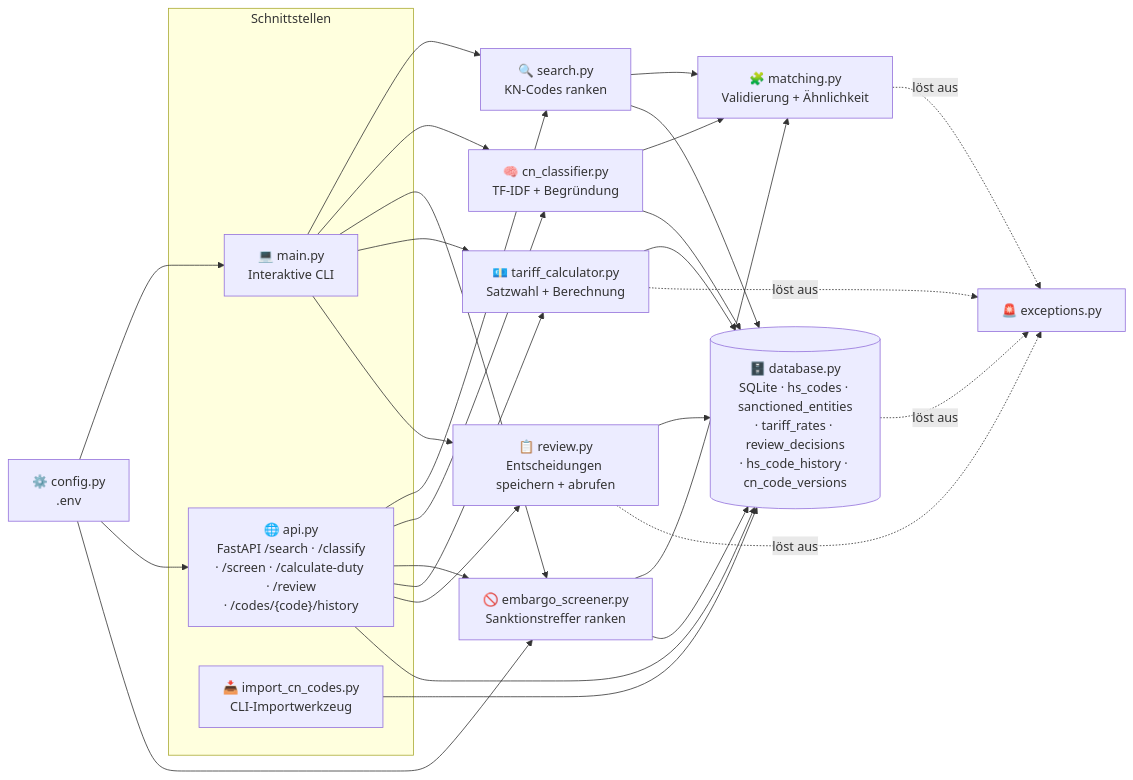
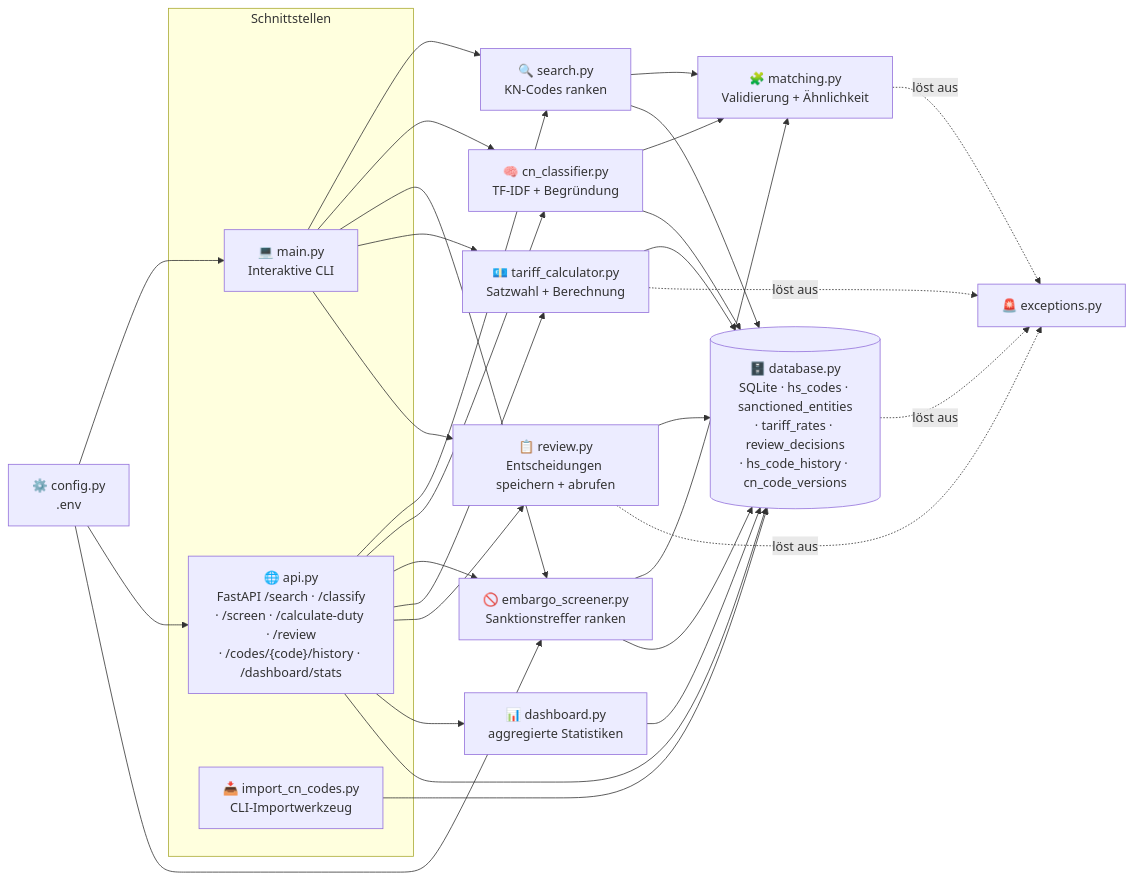
Before and after one commit to Mutersec/CustomsIQ: the first of 2 diagrams in README.de.md, drawn with Mermaid. The commit also changed other lines of this file and 8 other files, not shown here.

````diff
--- a/README.de.md
+++ b/README.de.md
@@ -97,46 +98,49 @@
 ```mermaid
 flowchart LR
     subgraph Schnittstellen
         CLI["💻 main.py<br/>Interaktive CLI"]
-        API["🌐 api.py<br/>FastAPI /search · /classify<br/>· /screen · /calculate-duty · /review<br/>· /codes/{code}/history"]
+        API["🌐 api.py<br/>FastAPI /search · /classify<br/>· /screen · /calculate-duty · /review<br/>· /codes/{code}/history · /dashboard/stats"]
         IMPORT["📥 import_cn_codes.py<br/>CLI-Importwerkzeug"]
     end
 
     SEARCH["🔍 search.py<br/>KN-Codes ranken"]
     CLS["🧠 cn_classifier.py<br/>TF-IDF + Begründung"]
     SCREEN["🚫 embargo_screener.py<br/>Sanktionstreffer ranken"]
     DUTY["💶 tariff_calculator.py<br/>Satzwahl + Berechnung"]
     REVIEW["📋 review.py<br/>Entscheidungen speichern + abrufen"]
+    DASH["📊 dashboard.py<br/>aggregierte Statistiken"]
     MATCH["🧩 matching.py<br/>Validierung + Ähnlichkeit"]
     DB[("🗄️ database.py<br/>SQLite · hs_codes · sanctioned_entities<br/>· tariff_rates · review_decisions<br/>· hs_code_history · cn_code_versions")]
     EXC["🚨 exceptions.py"]
     CFG["⚙️ config.py<br/>.env"]
 
     CLI --> SEARCH
     CLI --> CLS
     CLI --> SCREEN
     CLI --> DUTY
     CLI --> REVIEW
     API --> SEARCH
     API --> CLS
     API --> SCREEN
     API --> DUTY
     API --> REVIEW
+    API --> DASH
     API --> DB
     IMPORT --> DB
+    DASH --> DB
     SEARCH --> MATCH
     CLS --> MATCH
     SCREEN --> MATCH
     SEARCH --> DB
     CLS --> DB
     SCREEN --> DB
     DUTY --> DB
     REVIEW --> DB
     DUTY -. löst aus .-> EXC
     MATCH -. löst aus .-> EXC
     DB -. löst aus .-> EXC
     REVIEW -. löst aus .-> EXC
     CFG --> CLI
     CFG --> API
     CFG --> SCREEN
 ```
````
